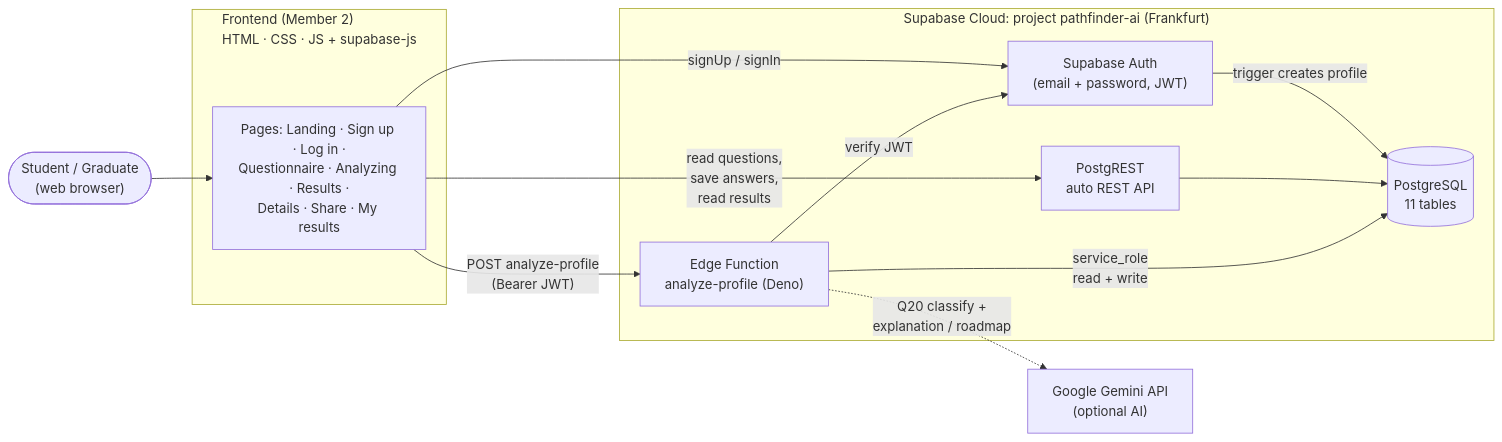
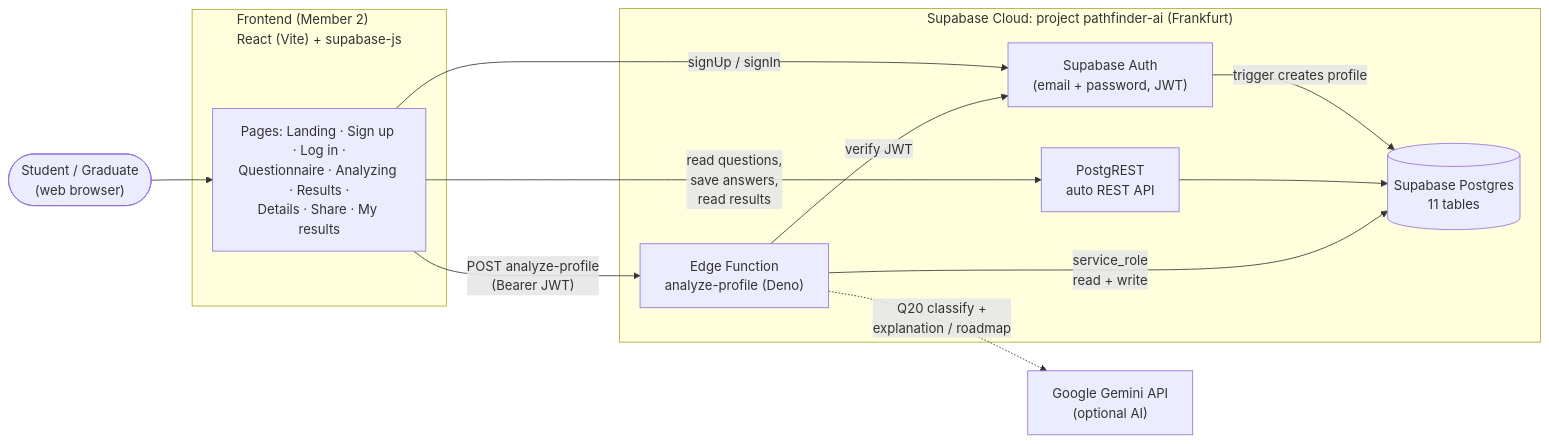
Before and after one commit to nooraldeny3-svg/pathfinder-backend: the first of 7 diagrams in docs/ARCHITECTURE.md, drawn with Mermaid. The commit also changed other lines of this file and 12 other files, not shown here.

Commit message:
docs: architecture v1.1 - React + Supabase + Gemini

````diff
--- a/docs/ARCHITECTURE.md
+++ b/docs/ARCHITECTURE.md
@@ -82,24 +82,24 @@
 ```mermaid
 flowchart LR
     student(["Student / Graduate<br/>(web browser)"])
-    subgraph FE["Frontend (Member 2)<br/>HTML · CSS · JS + supabase-js"]
+    subgraph FE["Frontend (Member 2)<br/>React (Vite) + supabase-js"]
         ui["Pages: Landing · Sign up · Log in ·<br/>Questionnaire · Analyzing · Results ·<br/>Details · Share · My results"]
     end
     subgraph SB["Supabase Cloud: project pathfinder-ai (Frankfurt)"]
         auth["Supabase Auth<br/>(email + password, JWT)"]
         rest["PostgREST<br/>auto REST API"]
         edge["Edge Function<br/>analyze-profile (Deno)"]
-        db[("PostgreSQL<br/>11 tables")]
+        db[("Supabase Postgres<br/>11 tables")]
     end
     gemini["Google Gemini API<br/>(optional AI)"]
 
     student --> ui
     ui -- "signUp / signIn" --> auth
     ui -- "read questions,<br/>save answers,<br/>read results" --> rest
     ui -- "POST analyze-profile<br/>(Bearer JWT)" --> edge
     auth -- "trigger creates profile" --> db
     rest --> db
     edge -- "verify JWT" --> auth
     edge -- "service_role<br/>read + write" --> db
     edge -. "Q20 classify +<br/>explanation / roadmap" .-> gemini
 ```
````
